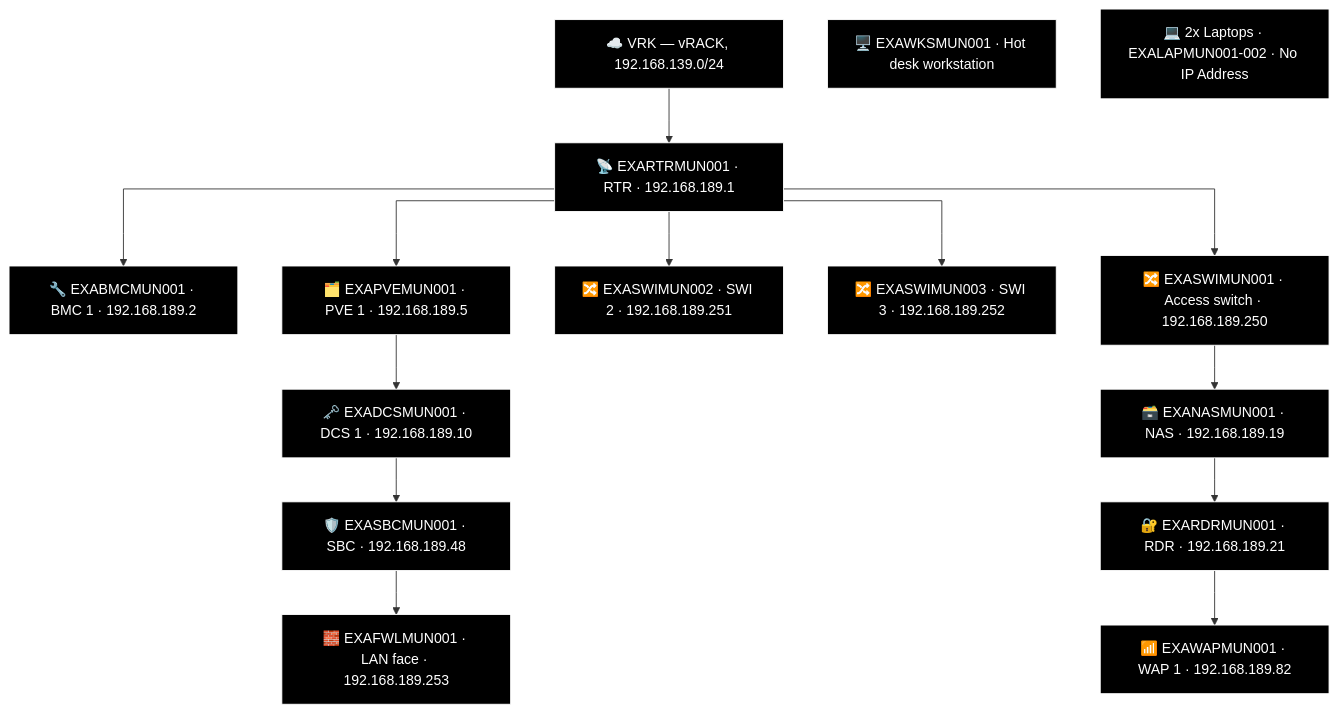
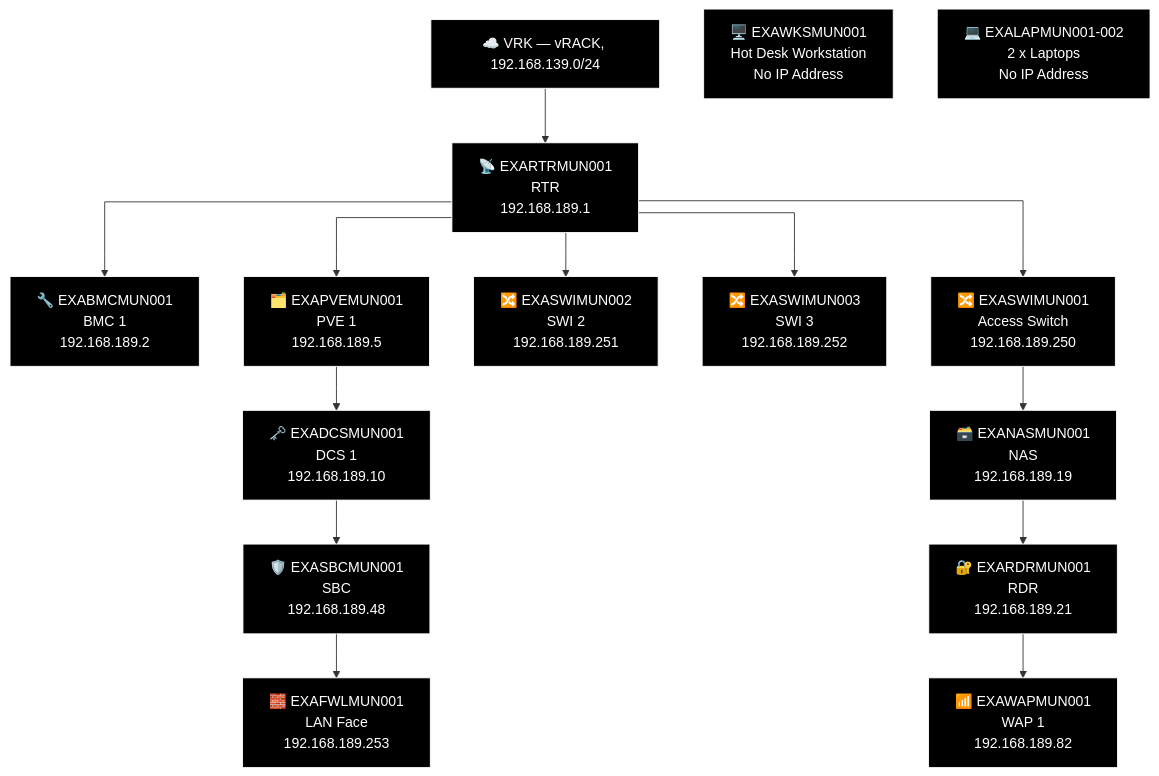
Before and after one commit to knightmare2600/example_music_infra: the sixth of 10 diagrams in docs/network-diagram/deutschland.md, drawn with Mermaid. The commit also changed other lines of this file and 18 other files, not shown here.

````diff
--- a/docs/network-diagram/deutschland.md
+++ b/docs/network-diagram/deutschland.md
@@ -221,44 +221,44 @@
 ```mermaid
 %% GENERATED:TOPOLOGY:MUN:START
 %%{init: {'flowchart': {'curve': 'stepAfter'}}}%%
 graph TD
     T_VRK["☁️ VRK — vRACK, 192.168.139.0/24"]
-    T_RTR["📡 EXARTRMUN001 · RTR · 192.168.189.1"]
+    T_RTR["📡 EXARTRMUN001<br/>RTR<br/>192.168.189.1"]
     T_VRK --> T_RTR
-    T_BMC["🔧 EXABMCMUN001 · BMC 1 · 192.168.189.2"]
+    T_BMC["🔧 EXABMCMUN001<br/>BMC 1<br/>192.168.189.2"]
     T_RTR --> T_BMC
-    T_PVE["🗂️ EXAPVEMUN001 · PVE 1 · 192.168.189.5"]
+    T_PVE["🗂️ EXAPVEMUN001<br/>PVE 1<br/>192.168.189.5"]
     T_RTR --> T_PVE
-    T_SWI["🔀 EXASWIMUN002 · SWI 2 · 192.168.189.251"]
+    T_SWI["🔀 EXASWIMUN002<br/>SWI 2<br/>192.168.189.251"]
     T_RTR --> T_SWI
-    T_SWI2["🔀 EXASWIMUN003 · SWI 3 · 192.168.189.252"]
+    T_SWI2["🔀 EXASWIMUN003<br/>SWI 3<br/>192.168.189.252"]
     T_RTR --> T_SWI2
-    T_SWI3["🔀 EXASWIMUN001 · Access switch · 192.168.189.250"]
+    T_SWI3["🔀 EXASWIMUN001<br/>Access Switch<br/>192.168.189.250"]
     T_RTR --> T_SWI3
-    T_NAS["🗃️ EXANASMUN001 · NAS · 192.168.189.19"]
-    T_RDR["🔐 EXARDRMUN001 · RDR · 192.168.189.21"]
-    T_WAP["📶 EXAWAPMUN001 · WAP 1 · 192.168.189.82"]
+    T_NAS["🗃️ EXANASMUN001<br/>NAS<br/>192.168.189.19"]
+    T_RDR["🔐 EXARDRMUN001<br/>RDR<br/>192.168.189.21"]
+    T_WAP["📶 EXAWAPMUN001<br/>WAP 1<br/>192.168.189.82"]
     T_SWI3 --> T_NAS --> T_RDR --> T_WAP
-    T_DCS["🗝️ EXADCSMUN001 · DCS 1 · 192.168.189.10"]
-    T_SBC["🛡️ EXASBCMUN001 · SBC · 192.168.189.48"]
-    T_FWL["🧱 EXAFWLMUN001 · LAN face · 192.168.189.253"]
+    T_DCS["🗝️ EXADCSMUN001<br/>DCS 1<br/>192.168.189.10"]
+    T_SBC["🛡️ EXASBCMUN001<br/>SBC<br/>192.168.189.48"]
+    T_FWL["🧱 EXAFWLMUN001<br/>LAN Face<br/>192.168.189.253"]
     T_PVE --> T_DCS --> T_SBC --> T_FWL
-    T_WKS["🖥️ EXAWKSMUN001 · Hot desk workstation"]
-    T_OTH_LAP["💻 2x Laptops · EXALAPMUN001-002 · No IP Address"]
+    T_WKS["🖥️ EXAWKSMUN001<br/>Hot Desk Workstation<br/>No IP Address"]
+    T_OTH_LAP["💻 EXALAPMUN001-002<br/>2 x Laptops<br/>No IP Address"]
     style T_VRK fill:#000000,stroke:#FFFFFF,color:#FFFFFF
     style T_RTR fill:#000000,stroke:#FFFFFF,color:#FFFFFF
     style T_BMC fill:#000000,stroke:#FFFFFF,color:#FFFFFF
     style T_PVE fill:#000000,stroke:#FFFFFF,color:#FFFFFF
     style T_SWI fill:#000000,stroke:#FFFFFF,color:#FFFFFF
     style T_SWI2 fill:#000000,stroke:#FFFFFF,color:#FFFFFF
     style T_SWI3 fill:#000000,stroke:#FFFFFF,color:#FFFFFF
     style T_NAS fill:#000000,stroke:#FFFFFF,color:#FFFFFF
     style T_RDR fill:#000000,stroke:#FFFFFF,color:#FFFFFF
     style T_WAP fill:#000000,stroke:#FFFFFF,color:#FFFFFF
     style T_DCS fill:#000000,stroke:#FFFFFF,color:#FFFFFF
     style T_SBC fill:#000000,stroke:#FFFFFF,color:#FFFFFF
     style T_FWL fill:#000000,stroke:#FFFFFF,color:#FFFFFF
     style T_WKS fill:#000000,stroke:#FFFFFF,color:#FFFFFF
     style T_OTH_LAP fill:#000000,stroke:#FFFFFF,color:#FFFFFF
 %% GENERATED:TOPOLOGY:MUN:END
 ```
````
